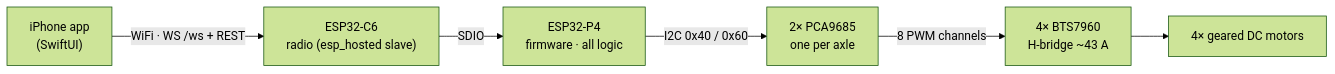
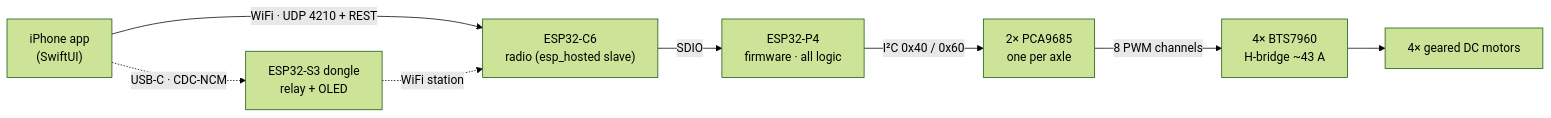
The diagram in README.md (ajohnson-smarthome/AJMiddleCar), drawn with Mermaid (forest theme) before and after one commit. The commit also changed other lines of this file and 5 other files, not shown here.

````diff
--- a/README.md
+++ b/README.md
@@ -28,8 +43,10 @@
 ```mermaid
 flowchart LR
-    A["iPhone app<br/>(SwiftUI)"] -->|"WiFi · WS /ws + REST"| R["ESP32-C6<br/>radio (esp_hosted slave)"]
+    A["iPhone app<br/>(SwiftUI)"] -->|"WiFi · UDP 4210 + REST"| R
+    A -.->|"USB-C · CDC-NCM"| D["ESP32-S3 dongle<br/>relay + OLED"]
+    D -.->|"WiFi station"| R["ESP32-C6<br/>radio (esp_hosted slave)"]
     R -->|"SDIO"| B["ESP32-P4<br/>firmware · all logic"]
-    B -->|"I2C 0x40 / 0x60"| C["2× PCA9685<br/>one per axle"]
-    C -->|"8 PWM channels"| D["4× BTS7960<br/>H-bridge ~43 A"]
-    D --> E["4× geared DC motors"]
+    B -->|"I²C 0x40 / 0x60"| C["2× PCA9685<br/>one per axle"]
+    C -->|"8 PWM channels"| E["4× BTS7960<br/>H-bridge ~43 A"]
+    E --> M["4× geared DC motors"]
 ```
````
